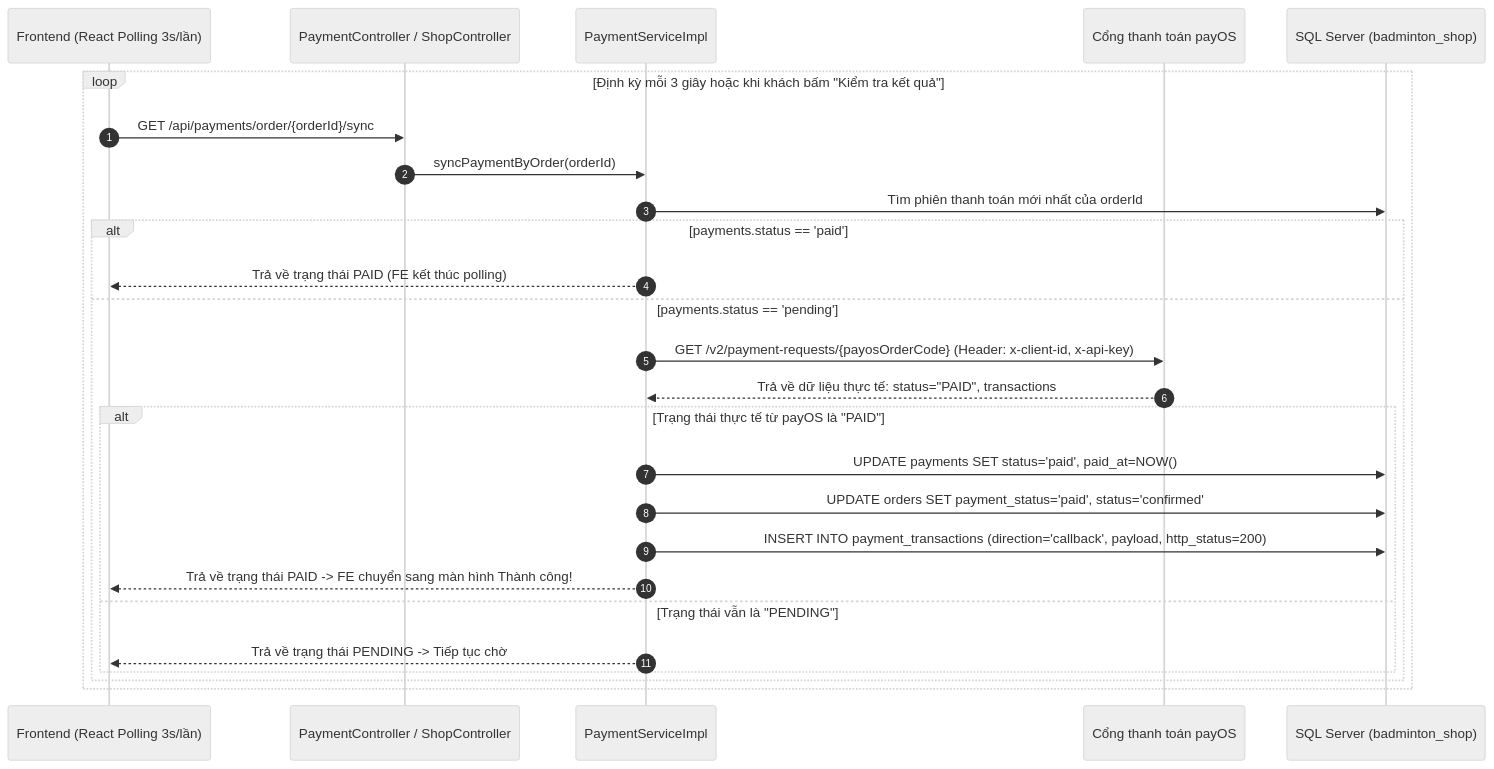
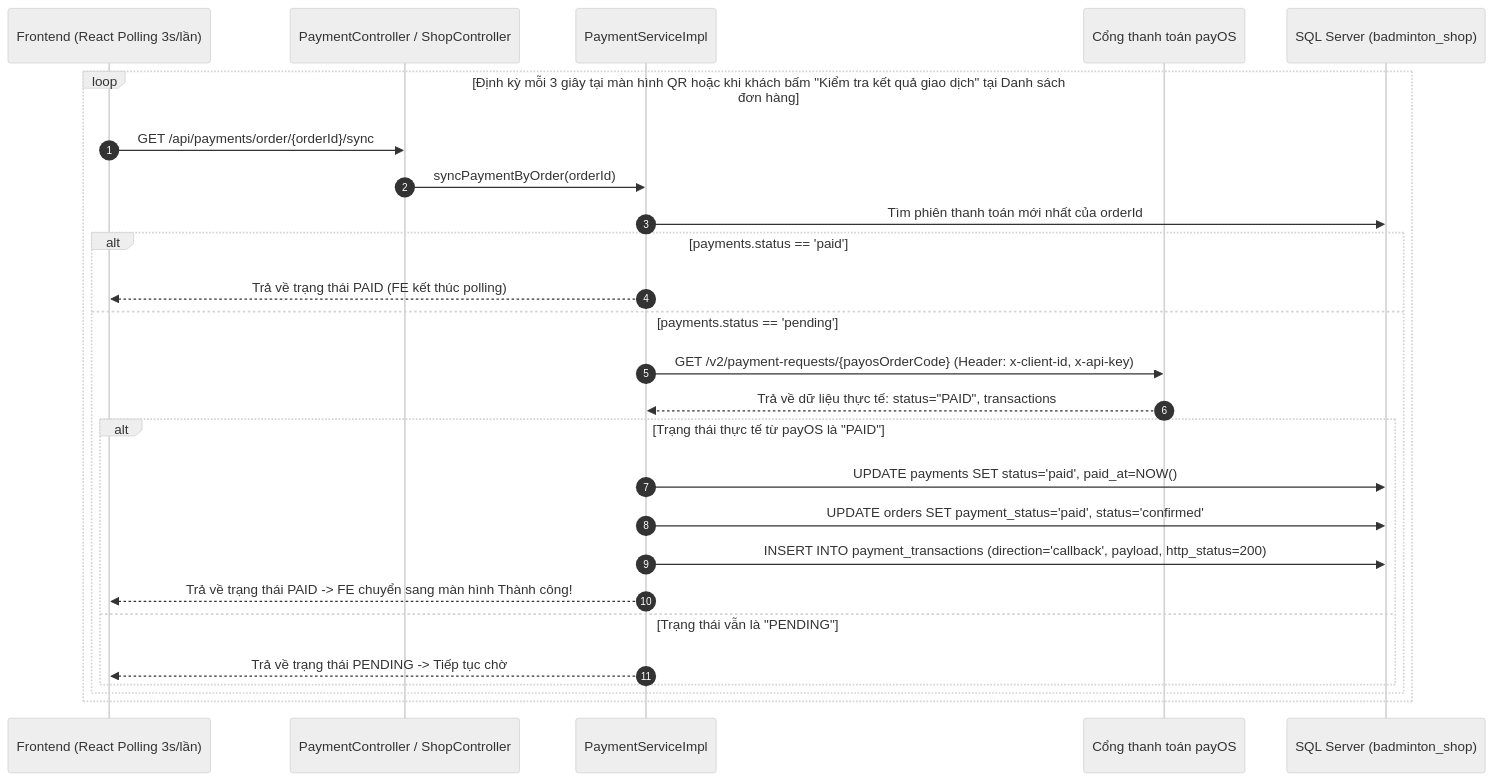
Before and after one commit to Tommy217/SBA301_BadmintonShop_SE1986-JV: the third of 6 diagrams in documents/module/payment/flow.md, drawn with Mermaid (neutral theme). The commit also changed other lines of this file and 15 other files, not shown here.

````diff
--- a/documents/module/payment/flow.md
+++ b/documents/module/payment/flow.md
@@ -149,29 +149,29 @@
 ```mermaid
 sequenceDiagram
     autonumber
     participant FE as Frontend (React Polling 3s/lần)
     participant Ctrl as PaymentController / ShopController
     participant Svc as PaymentServiceImpl
     participant PayOS as Cổng thanh toán payOS
     participant DB as SQL Server (badminton_shop)
 
-    loop Định kỳ mỗi 3 giây hoặc khi khách bấm "Kiểm tra kết quả"
+    loop Định kỳ mỗi 3 giây tại màn hình QR hoặc khi khách bấm "Kiểm tra kết quả giao dịch" tại Danh sách đơn hàng
         FE->>Ctrl: GET /api/payments/order/{orderId}/sync
         Ctrl->>Svc: syncPaymentByOrder(orderId)
         Svc->>DB: Tìm phiên thanh toán mới nhất của orderId
         alt payments.status == 'paid'
             Svc-->>FE: Trả về trạng thái PAID (FE kết thúc polling)
         else payments.status == 'pending'
             Svc->>PayOS: GET /v2/payment-requests/{payosOrderCode} (Header: x-client-id, x-api-key)
             PayOS-->>Svc: Trả về dữ liệu thực tế: status="PAID", transactions
             alt Trạng thái thực tế từ payOS là "PAID"
                 Svc->>DB: UPDATE payments SET status='paid', paid_at=NOW()
                 Svc->>DB: UPDATE orders SET payment_status='paid', status='confirmed'
                 Svc->>DB: INSERT INTO payment_transactions (direction='callback', payload, http_status=200)
                 Svc-->>FE: Trả về trạng thái PAID -> FE chuyển sang màn hình Thành công!
             else Trạng thái vẫn là "PENDING"
                 Svc-->>FE: Trả về trạng thái PENDING -> Tiếp tục chờ
             end
         end
     end
 ```
````
